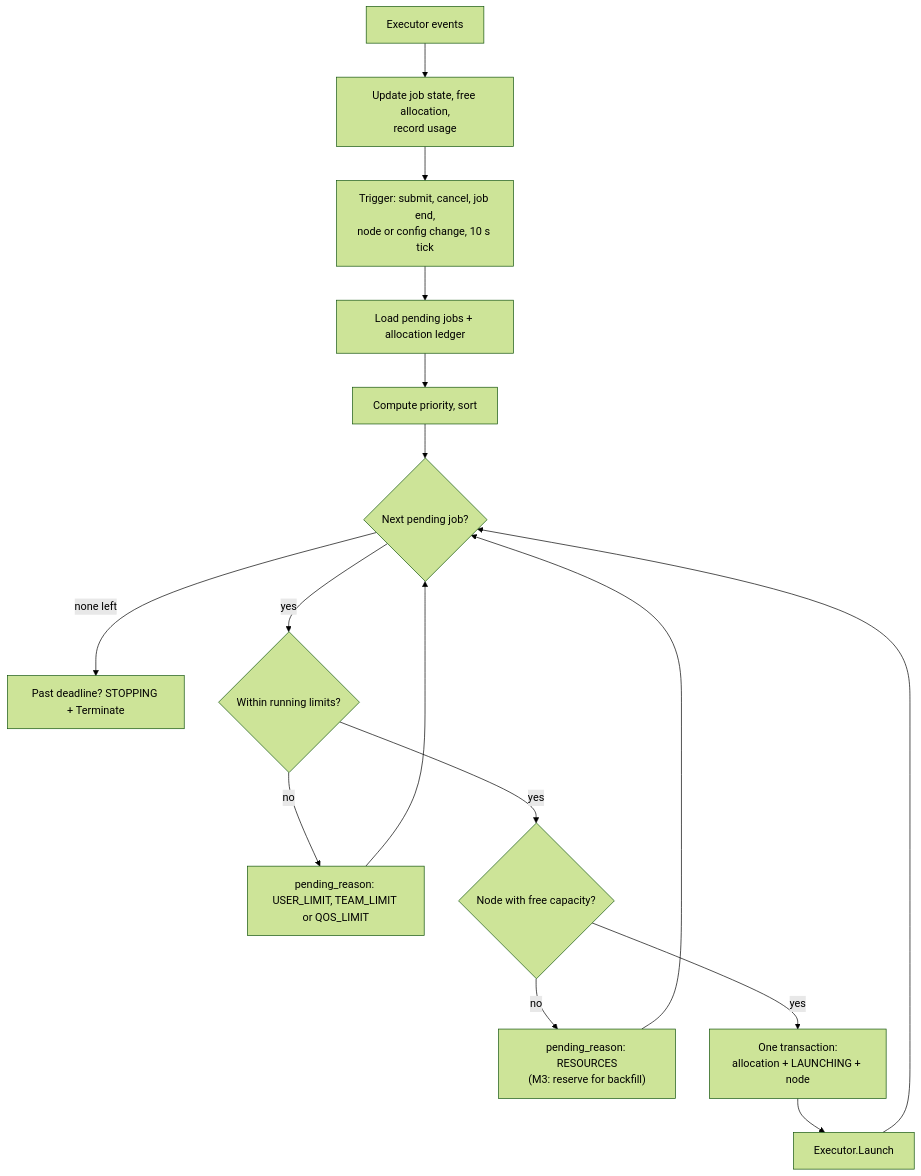
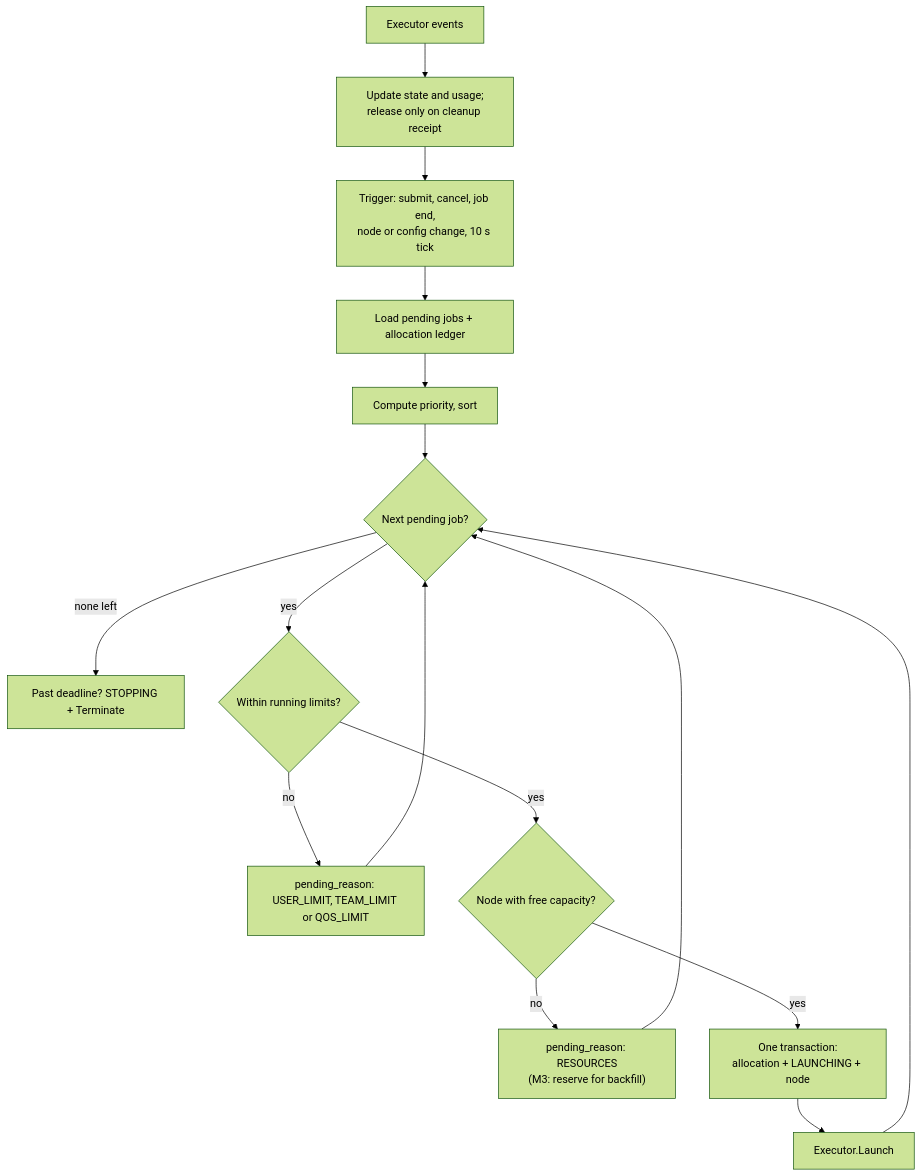
One commit to UTMIST/Mist changed the second of 2 diagrams in docs/agents/architecture/scheduler.md. Above: the diagram before and after it, drawn with Mermaid (forest theme). The commit also changed other lines of this file and 12 other files, not shown here.

First line of the commit message:
Refine HPC-style architecture contracts and jobs plan

````diff
--- a/docs/agents/architecture/scheduler.md
+++ b/docs/agents/architecture/scheduler.md
@@ -130,14 +175,14 @@
 ```mermaid
 flowchart TD
     T["Trigger: submit, cancel, job end,<br/>node or config change, 10 s tick"] --> L[Load pending jobs + allocation ledger]
     L --> P[Compute priority, sort]
     P --> N{Next pending job?}
     N -->|none left| D["Past deadline? STOPPING + Terminate"]
     N -->|yes| Lim{Within running limits?}
     Lim -->|no| R1["pending_reason: USER_LIMIT, TEAM_LIMIT or QOS_LIMIT"] --> N
     Lim -->|yes| Fit{Node with free capacity?}
     Fit -->|no| R2["pending_reason: RESOURCES<br/>(M3: reserve for backfill)"] --> N
     Fit -->|yes| Tx["One transaction:<br/>allocation + LAUNCHING + node"]
     Tx --> Launch[Executor.Launch] --> N
-    Ev[Executor events] --> Up["Update job state, free allocation,<br/>record usage"] --> T
+    Ev[Executor events] --> Up["Update state and usage;<br/>release only on cleanup receipt"] --> T
 ```
````
